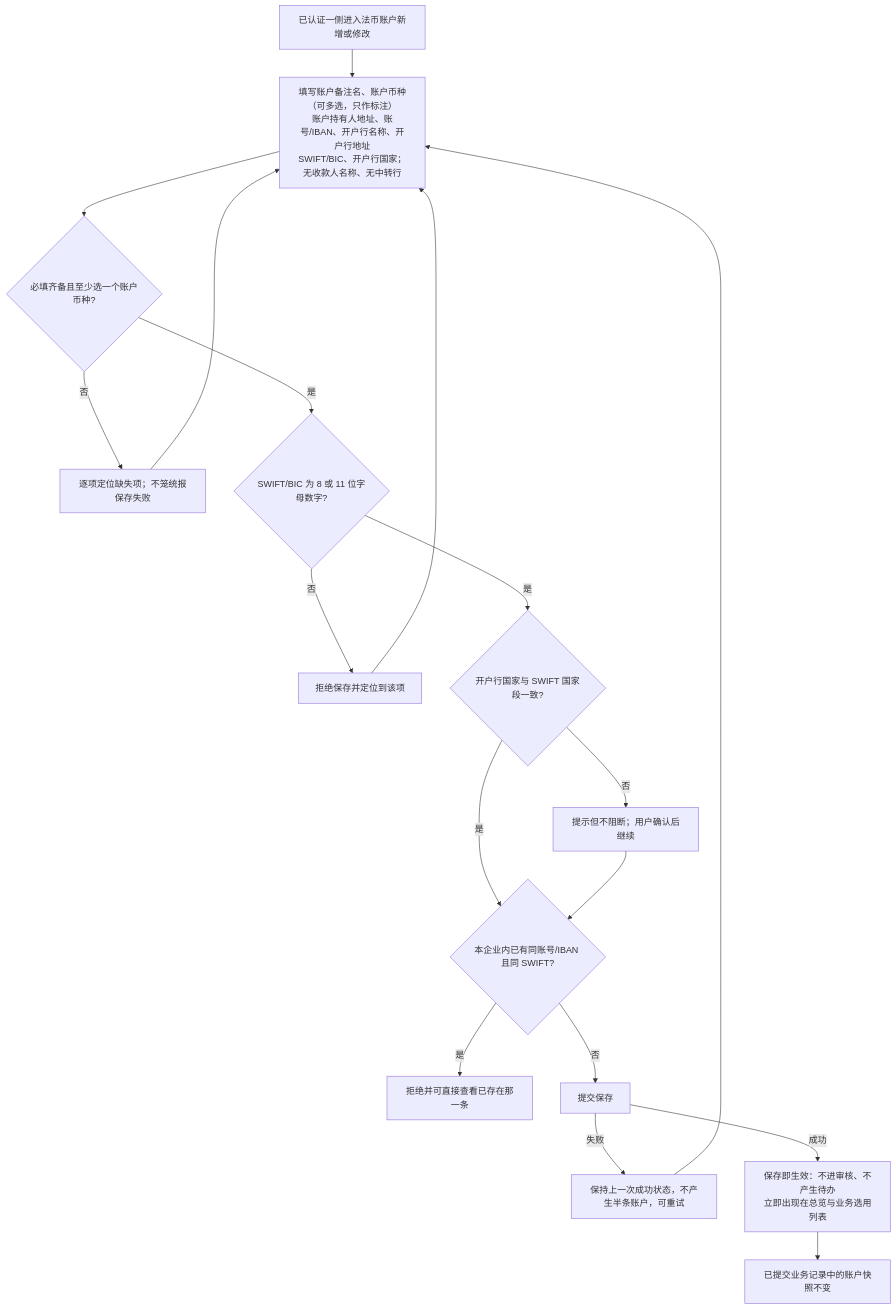
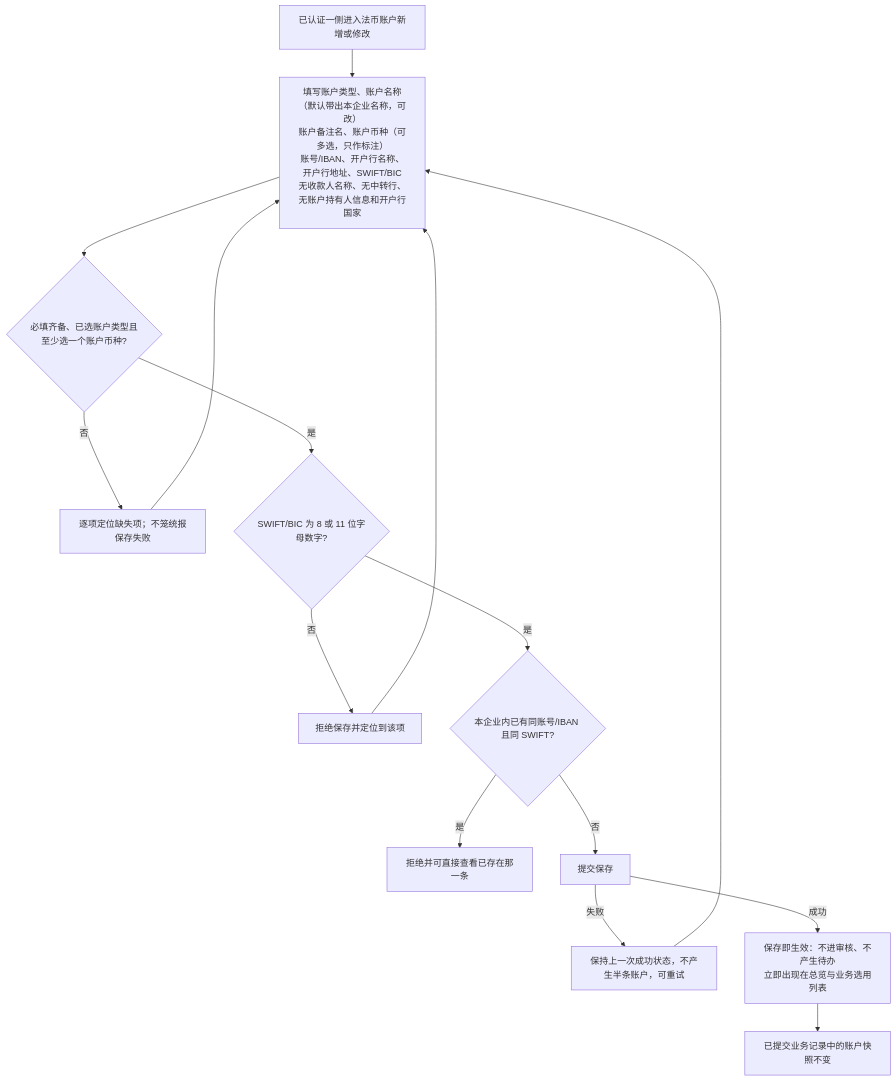
Before and after one commit to wxblockchain/Chain-Financing: the second of 7 diagrams in lending-platform/PRD/面客端/03-企业账户/02-企业账户-流程图与状态机.md, drawn with Mermaid. The commit also changed 7 other files, not shown here.

````diff
--- a/lending-platform/PRD/面客端/03-企业账户/02-企业账户-流程图与状态机.md
+++ b/lending-platform/PRD/面客端/03-企业账户/02-企业账户-流程图与状态机.md
@@ -47,20 +47,17 @@
 ```mermaid
 flowchart TD
-    A[已认证一侧进入法币账户新增或修改] --> B[填写账户备注名、账户币种（可多选，只作标注）<br/>账户持有人地址、账号/IBAN、开户行名称、开户行地址<br/>SWIFT/BIC、开户行国家；无收款人名称、无中转行]
-    B --> C{必填齐备且至少选一个账户币种?}
+    A[已认证一侧进入法币账户新增或修改] --> B[填写账户类型、账户名称（默认带出本企业名称，可改）<br/>账户备注名、账户币种（可多选，只作标注）<br/>账号/IBAN、开户行名称、开户行地址、SWIFT/BIC<br/>无收款人名称、无中转行、无账户持有人信息和开户行国家]
+    B --> C{必填齐备、已选账户类型且至少选一个账户币种?}
     C -->|否| D[逐项定位缺失项；不笼统报保存失败]
     D --> B
     C -->|是| E{SWIFT/BIC 为 8 或 11 位字母数字?}
     E -->|否| F[拒绝保存并定位到该项]
     F --> B
-    E -->|是| G{开户行国家与 SWIFT 国家段一致?}
-    G -->|否| H[提示但不阻断；用户确认后继续]
-    G -->|是| K{本企业内已有同账号/IBAN 且同 SWIFT?}
-    H --> K
+    E -->|是| K{本企业内已有同账号/IBAN 且同 SWIFT?}
     K -->|是| L[拒绝并可直接查看已存在那一条]
     K -->|否| M[提交保存]
     M -->|失败| N[保持上一次成功状态，不产生半条账户，可重试]
     N --> B
     M -->|成功| O[保存即生效：不进审核、不产生待办<br/>立即出现在总览与业务选用列表]
     O --> P[已提交业务记录中的账户快照不变]
 ```
````
